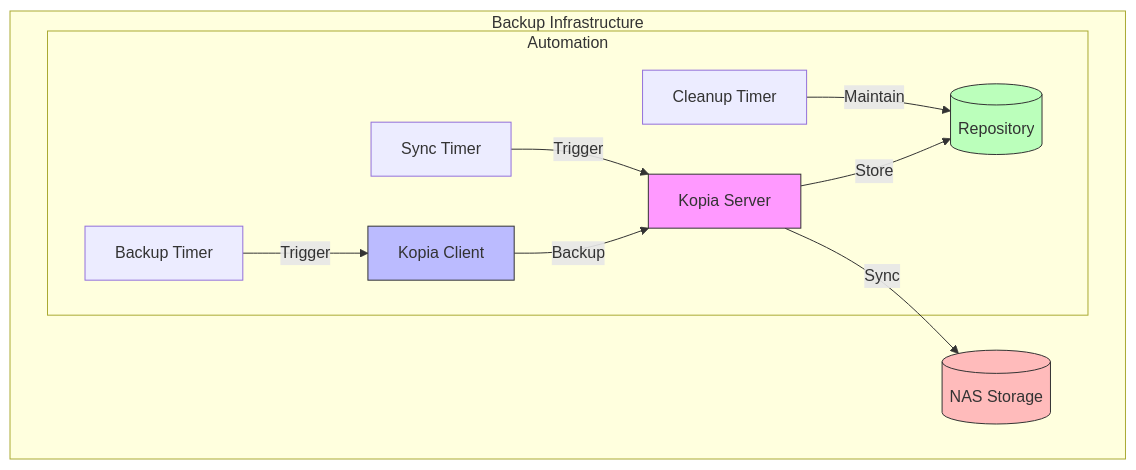
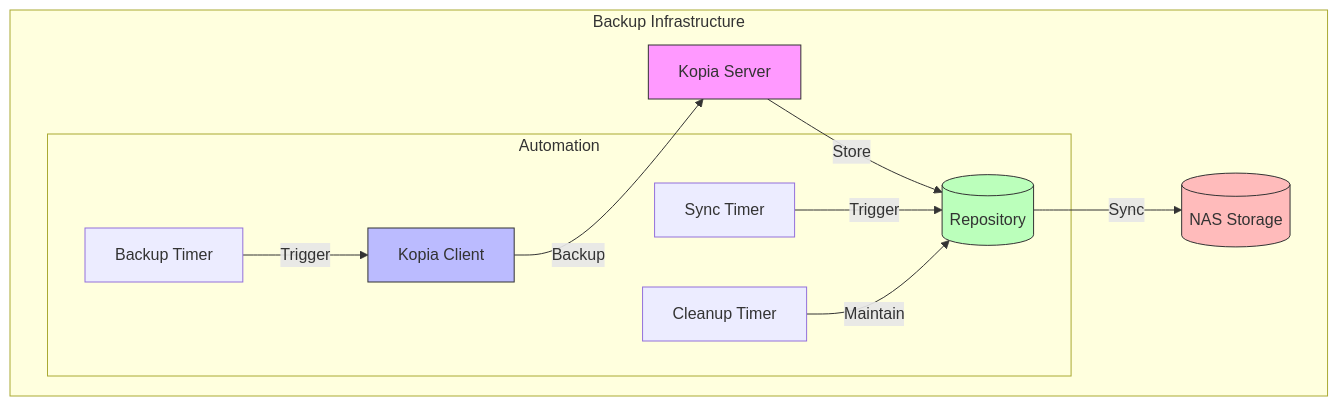
One commit to eblet/kopia-backup-run changed the diagram in README.md. Above: the diagram before and after it, drawn with Mermaid.

Commit message:
edit graph

````diff
--- a/README.md
+++ b/README.md
@@ -14,19 +14,19 @@
 ```mermaid
 graph TB
     subgraph "Backup Infrastructure"
         C[Kopia Client] -->|Backup| S[Kopia Server]
         S -->|Store| R[(Repository)]
-        S -->|Sync| N[(NAS Storage)]
+        R -->|Sync| N[(NAS Storage)]
         
         subgraph "Automation"
             T1[Backup Timer] -->|Trigger| C
-            T2[Sync Timer] -->|Trigger| S
+            T2[Sync Timer] -->|Trigger| R
             T3[Cleanup Timer] -->|Maintain| R
         end
     end
 
     style S fill:#f9f,stroke:#333
     style C fill:#bbf,stroke:#333
     style R fill:#bfb,stroke:#333
     style N fill:#fbb,stroke:#333
 ```
````
